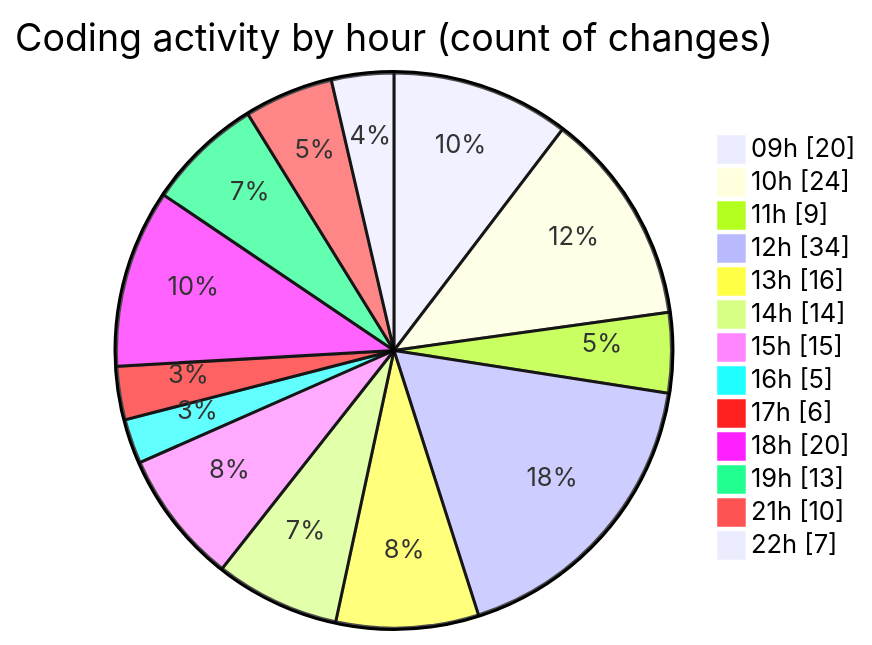
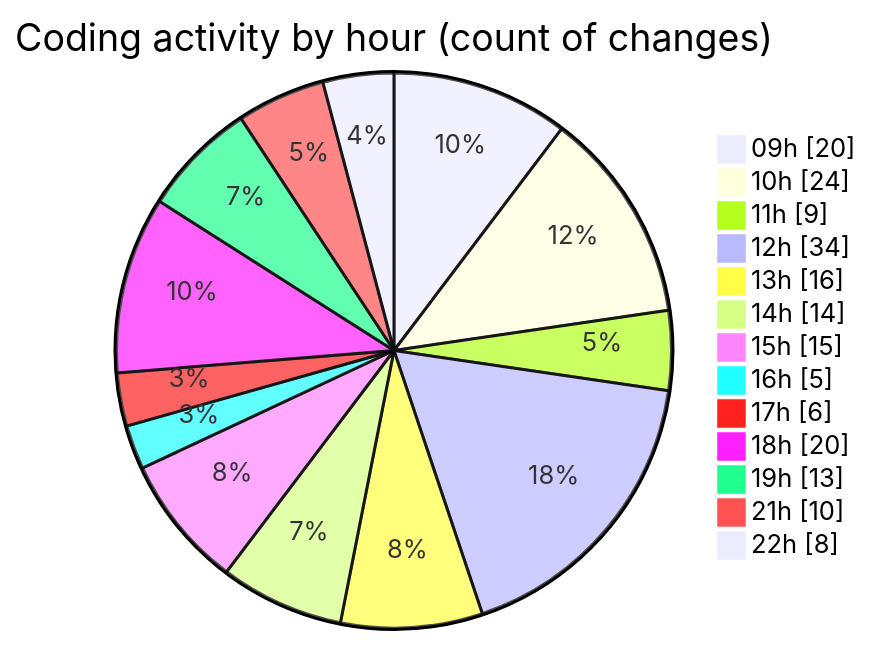
Before and after one commit to momahboobian/code-tracking: the second of 2 diagrams in 2025-05-19/cda/README.md, drawn with Mermaid. The commit also changed other lines of this file and 1 other file, not shown here.

````diff
--- a/2025-05-19/cda/README.md
+++ b/2025-05-19/cda/README.md
@@ -61,17 +61,17 @@
 ```mermaid
 pie showData
 title Coding activity by hour (count of changes)
 "09h" : 20
 "10h" : 24
 "11h" : 9
 "12h" : 34
 "13h" : 16
 "14h" : 14
 "15h" : 15
 "16h" : 5
 "17h" : 6
 "18h" : 20
 "19h" : 13
 "21h" : 10
-"22h" : 7
+"22h" : 8
 ```
````
